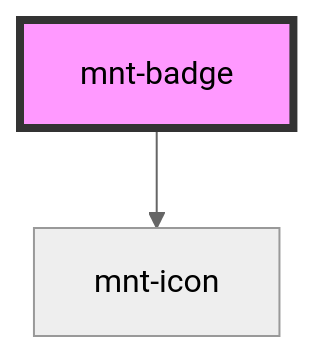
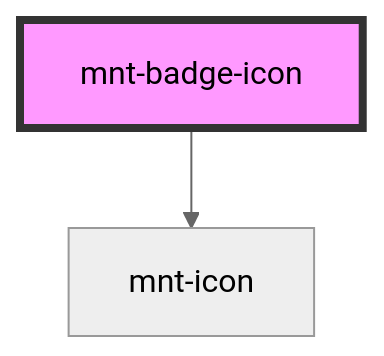
One commit to yooga-tecnologia/mantra changed the diagram in src/components/badge/readme.md. Above: the diagram before and after it, drawn with Mermaid (neutral theme). The commit also changed other lines of this file and 11 other files, not shown here.

Commit message:
feat(badge): create icon variant

````diff
--- a/src/components/badge/readme.md
+++ b/src/components/badge/readme.md
@@ -26,5 +26,5 @@
 ```mermaid
 graph TD;
-  mnt-badge --> mnt-icon
-  style mnt-badge fill:#f9f,stroke:#333,stroke-width:4px
+  mnt-badge-icon --> mnt-icon
+  style mnt-badge-icon fill:#f9f,stroke:#333,stroke-width:4px
 ```
````
